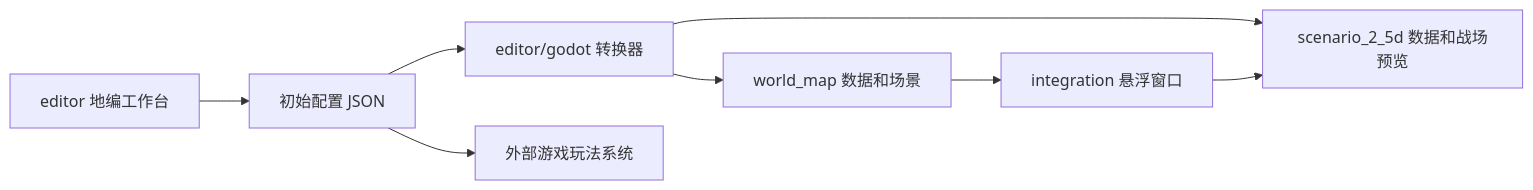
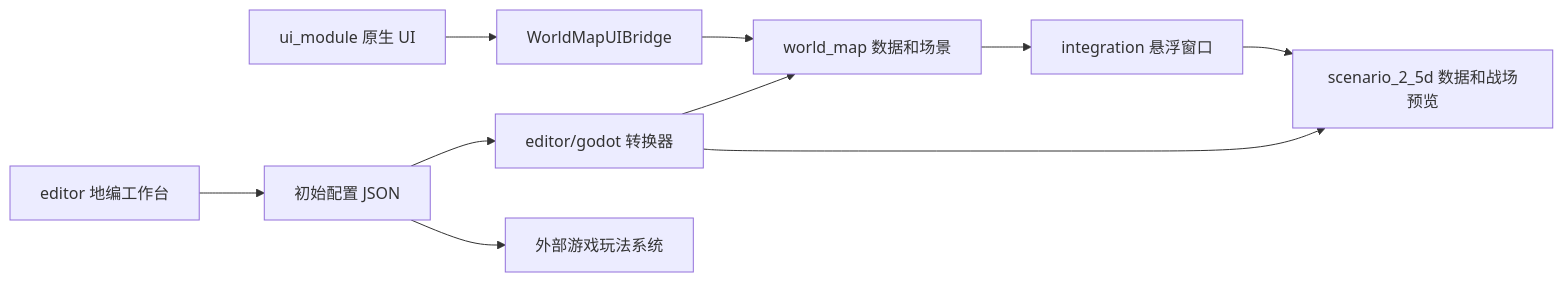
Before and after one commit to Carloramia/SupremePoorGuy: the diagram in frontier_toolkit/docs/ARCHITECTURE.md, drawn with Mermaid. The commit also changed other lines of this file and 772 other files, not shown here.

````diff
--- a/frontier_toolkit/docs/ARCHITECTURE.md
+++ b/frontier_toolkit/docs/ARCHITECTURE.md
@@ -5,10 +7,12 @@
 ```mermaid
 flowchart LR
   E[editor 地编工作台] --> J[初始配置 JSON]
   J --> I[editor/godot 转换器]
   I --> W[world_map 数据和场景]
   I --> S[scenario_2_5d 数据和战场预览]
   W --> O[integration 悬浮窗口]
+  U[ui_module 原生 UI] --> B[WorldMapUIBridge]
+  B --> W
   O --> S
   J --> G[外部游戏玩法系统]
 ```
````
